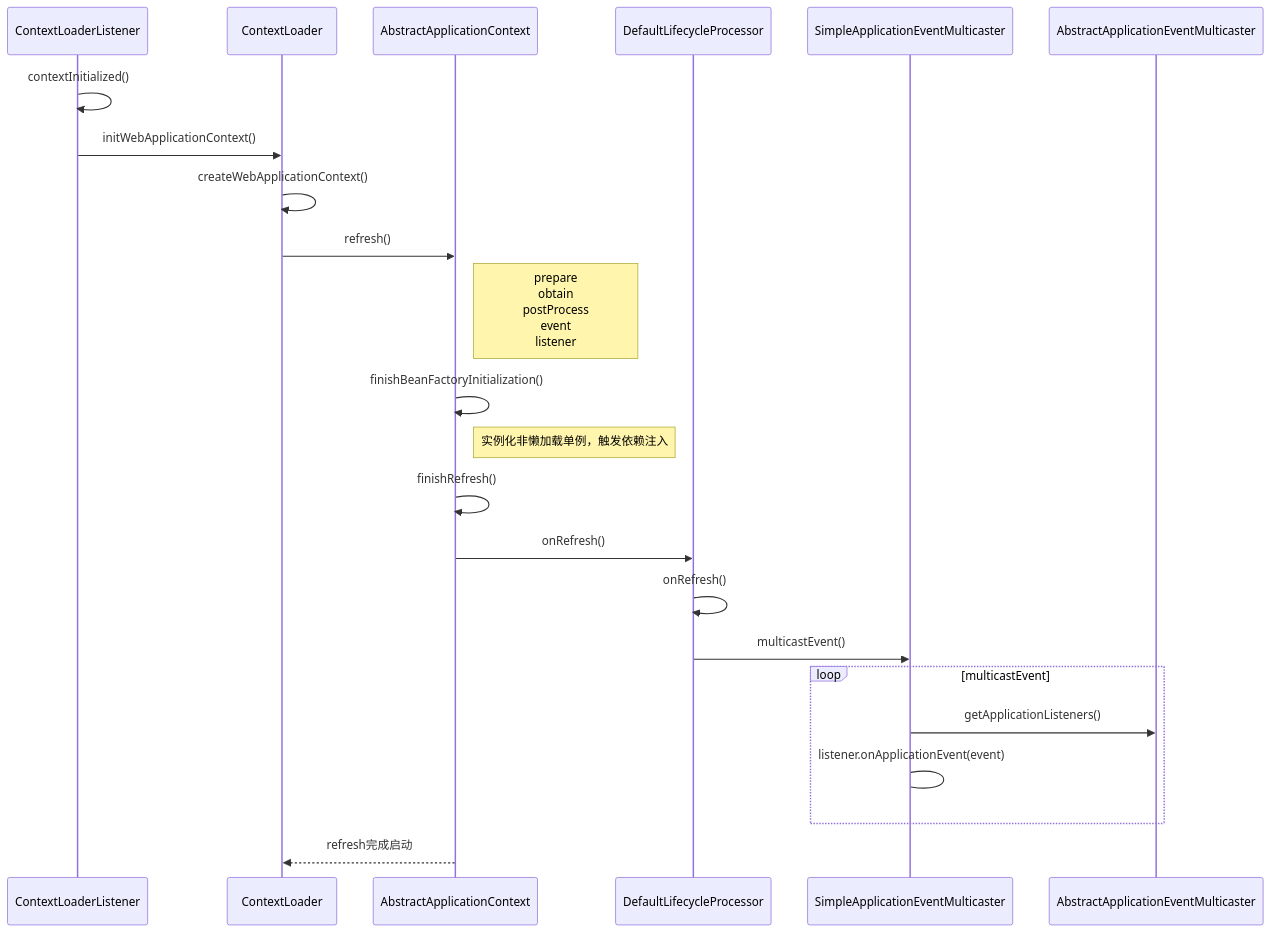
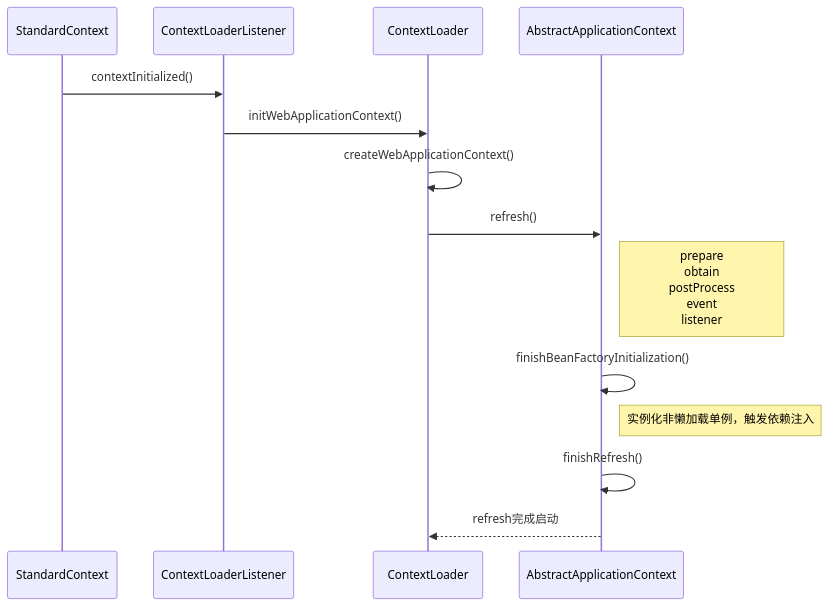
The first of 2 diagrams in 20-framework/src/spring/springmvc/ContextLoader.md (onlyonion/development), drawn with Mermaid before and after one commit. The commit also changed other lines of this file and 15 other files, not shown here.

````diff
--- a/20-framework/src/spring/springmvc/ContextLoader.md
+++ b/20-framework/src/spring/springmvc/ContextLoader.md
@@ -5,30 +6,20 @@
 ```mermaid
 sequenceDiagram
     %% 环境监听
-    ContextLoaderListener ->> ContextLoaderListener: contextInitialized()
+    StandardContext ->> ContextLoaderListener: contextInitialized()
     ContextLoaderListener ->> ContextLoader: initWebApplicationContext()
 
     %% 创建应用环境
     ContextLoader ->> ContextLoader: createWebApplicationContext()
     ContextLoader ->> AbstractApplicationContext: refresh()
     Note right of AbstractApplicationContext: prepare <br/>obtain <br/>postProcess <br/>event <br/>listener
 
     %% 依赖注入
     AbstractApplicationContext ->> AbstractApplicationContext: finishBeanFactoryInitialization()
     Note right of AbstractApplicationContext: 实例化非懒加载单例，触发依赖注入
 
     %% 完成刷新
     AbstractApplicationContext ->> AbstractApplicationContext: finishRefresh()
 
-    AbstractApplicationContext ->> DefaultLifecycleProcessor: onRefresh()
-    DefaultLifecycleProcessor ->> DefaultLifecycleProcessor: onRefresh()
-
-    %% 发布事件
-    DefaultLifecycleProcessor ->> SimpleApplicationEventMulticaster: multicastEvent()
-    loop multicastEvent
-        SimpleApplicationEventMulticaster->>AbstractApplicationEventMulticaster:getApplicationListeners()
-        SimpleApplicationEventMulticaster->SimpleApplicationEventMulticaster:listener.onApplicationEvent(event)
-　　 end
-
     AbstractApplicationContext-->>ContextLoader:refresh完成启动
 ```
````
